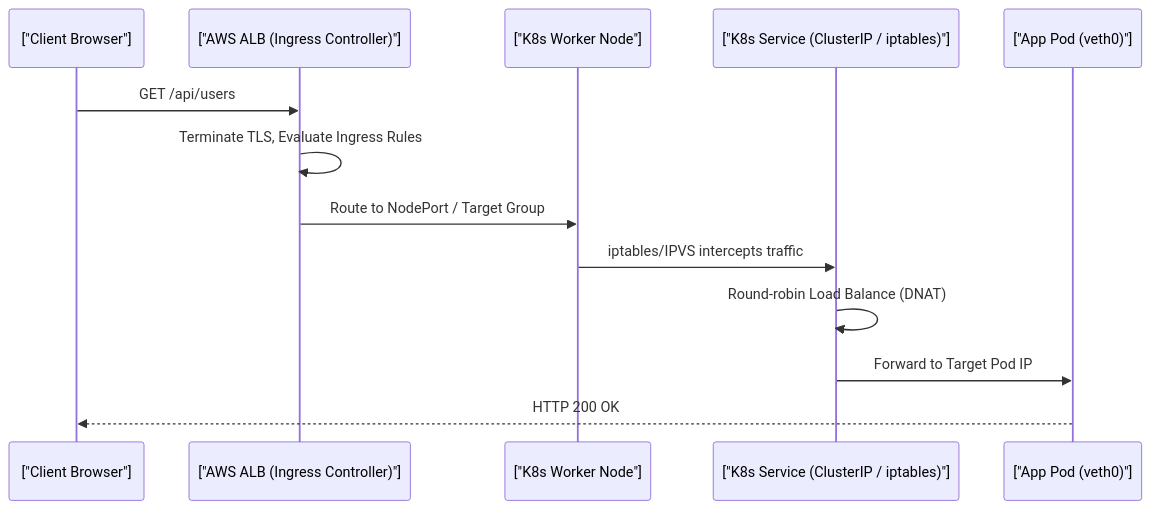
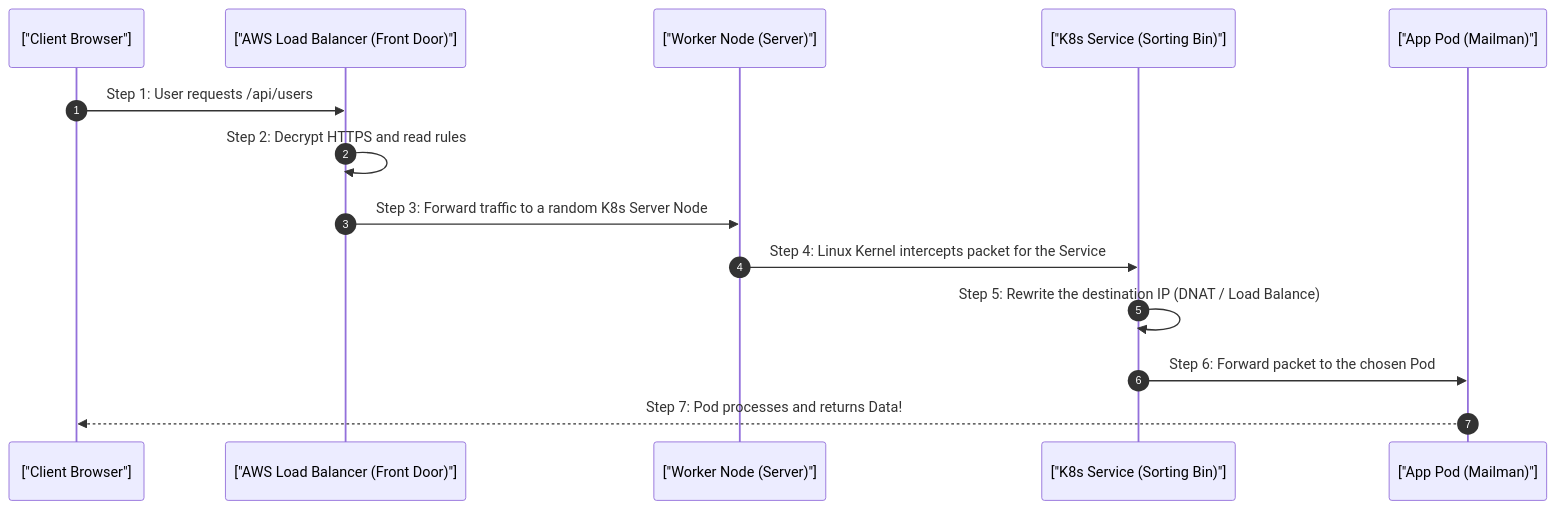
One commit to fazleyrabby/backend-engineering-mastery changed the diagram in cloud-devops/03_aws_cloud_architecture_kubernetes.md. Above: the diagram before and after it, drawn with Mermaid. The commit also changed other lines of this file and 15 other files, not shown here.

Commit message:
docs: Rewrite all syllabus modules with beginner-friendly analogies, step-by-step breakdowns, and annotated Python code

````diff
--- a/cloud-devops/03_aws_cloud_architecture_kubernetes.md
+++ b/cloud-devops/03_aws_cloud_architecture_kubernetes.md
@@ -14,16 +14,17 @@
 ```mermaid
 sequenceDiagram
+    autonumber
     participant User as ["Client Browser"]
-    participant ALB as ["AWS ALB (Ingress Controller)"]
-    participant Node as ["K8s Worker Node"]
-    participant SVC as ["K8s Service (ClusterIP / iptables)"]
-    participant Pod as ["App Pod (veth0)"]
+    participant ALB as ["AWS Load Balancer (Front Door)"]
+    participant Node as ["Worker Node (Server)"]
+    participant SVC as ["K8s Service (Sorting Bin)"]
+    participant Pod as ["App Pod (Mailman)"]
 
-    User->>ALB: GET /api/users
-    ALB->>ALB: Terminate TLS, Evaluate Ingress Rules
-    ALB->>Node: Route to NodePort / Target Group
-    Node->>SVC: iptables/IPVS intercepts traffic
-    SVC->>SVC: Round-robin Load Balance (DNAT)
-    SVC->>Pod: Forward to Target Pod IP
-    Pod-->>User: HTTP 200 OK
+    User->>ALB: Step 1: User requests /api/users
+    ALB->>ALB: Step 2: Decrypt HTTPS and read rules
+    ALB->>Node: Step 3: Forward traffic to a random K8s Server Node
+    Node->>SVC: Step 4: Linux Kernel intercepts packet for the Service
+    SVC->>SVC: Step 5: Rewrite the destination IP (DNAT / Load Balance)
+    SVC->>Pod: Step 6: Forward packet to the chosen Pod
+    Pod-->>User: Step 7: Pod processes and returns Data!
 ```
````
